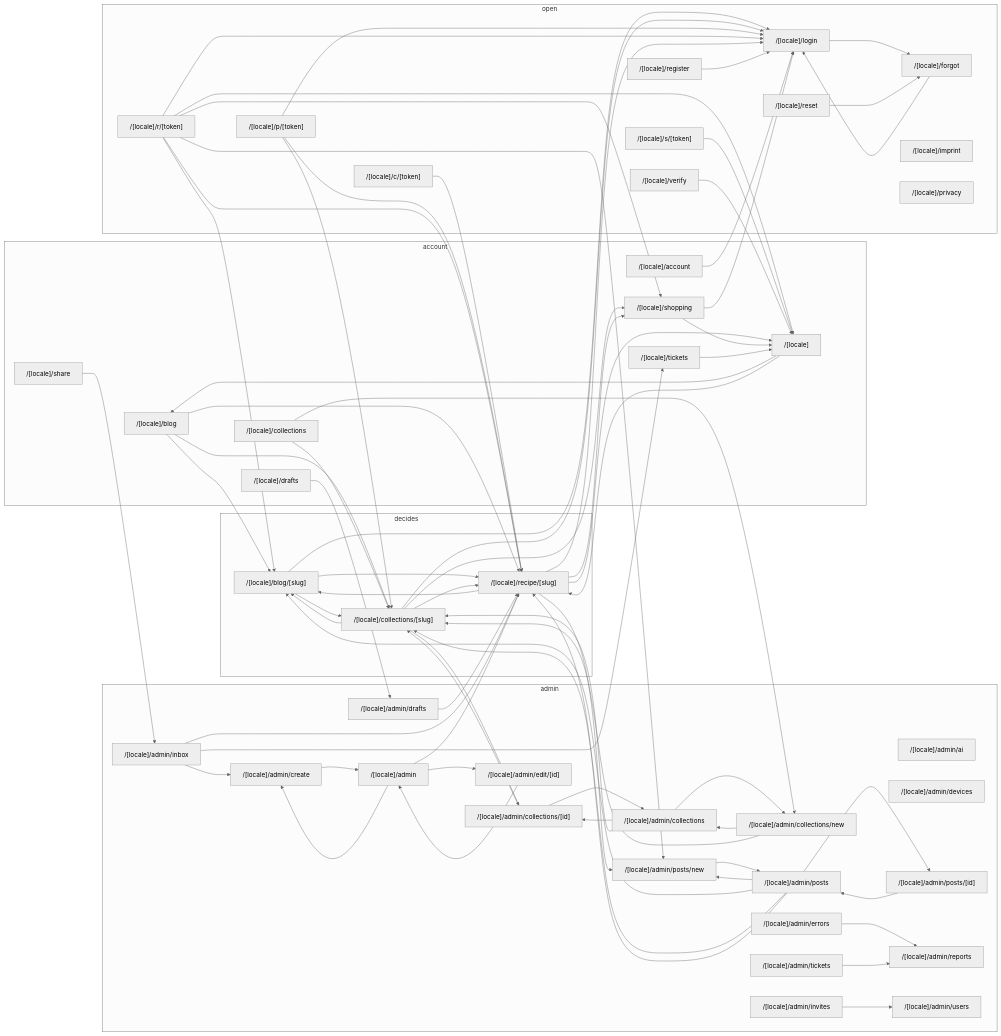
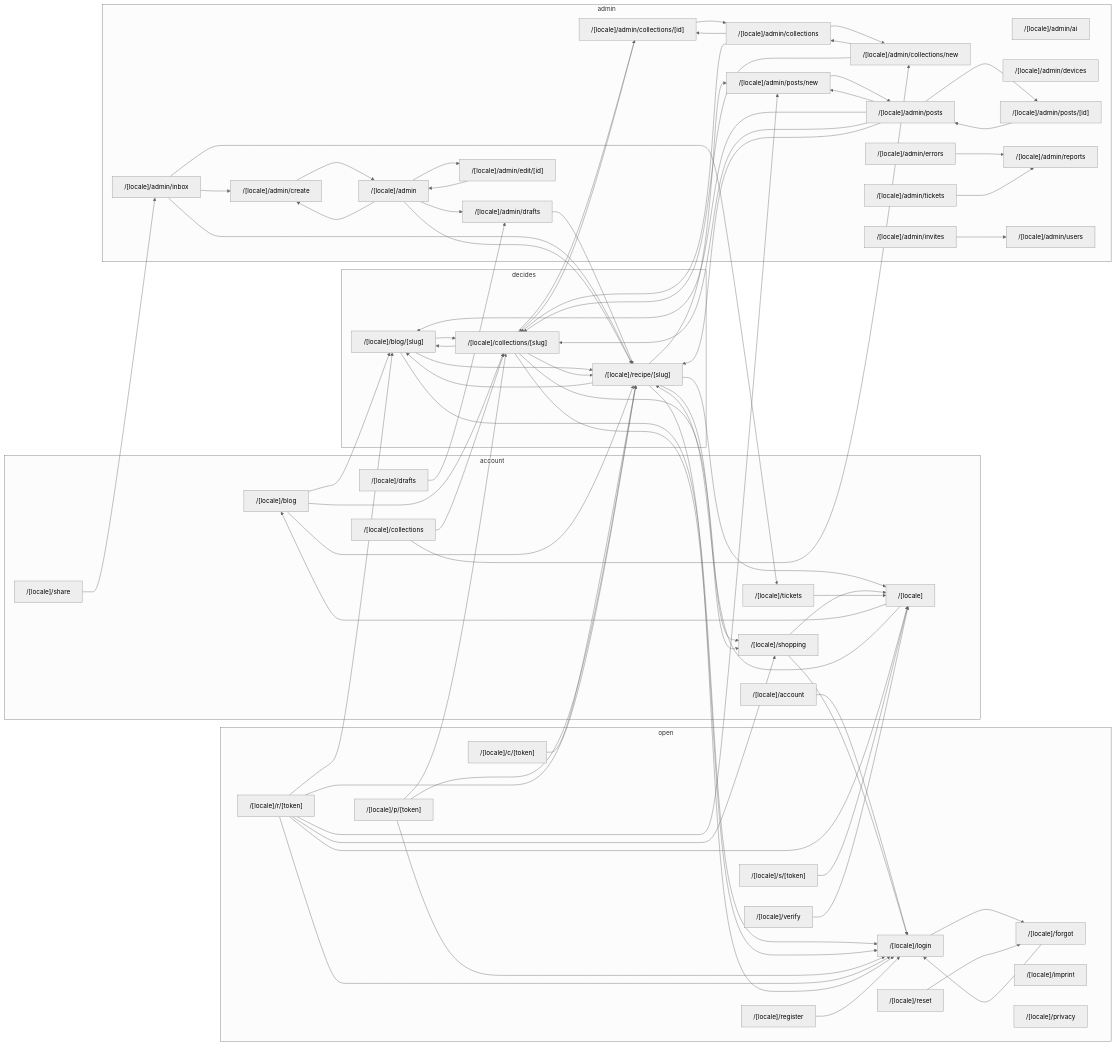
Before and after one commit to morischumacher/moscookbook: the first of 2 diagrams in docs/interaction-map.generated.md, drawn with Mermaid (neutral theme). The commit also changed other lines of this file and 16 other files, not shown here.

```diff
--- a/docs/interaction-map.generated.md
+++ b/docs/interaction-map.generated.md
@@ -228,6 +229,7 @@
   n__locale__admin_inbox --> n__locale__tickets
   n__locale__admin_invites --> n__locale__admin_users
   n__locale__admin --> n__locale__admin_create
+  n__locale__admin --> n__locale__admin_drafts
   n__locale__admin --> n__locale__admin_edit__id_
   n__locale__admin --> n__locale__recipe__slug_
   n__locale__admin_posts__id_ --> n__locale__admin_posts
```
